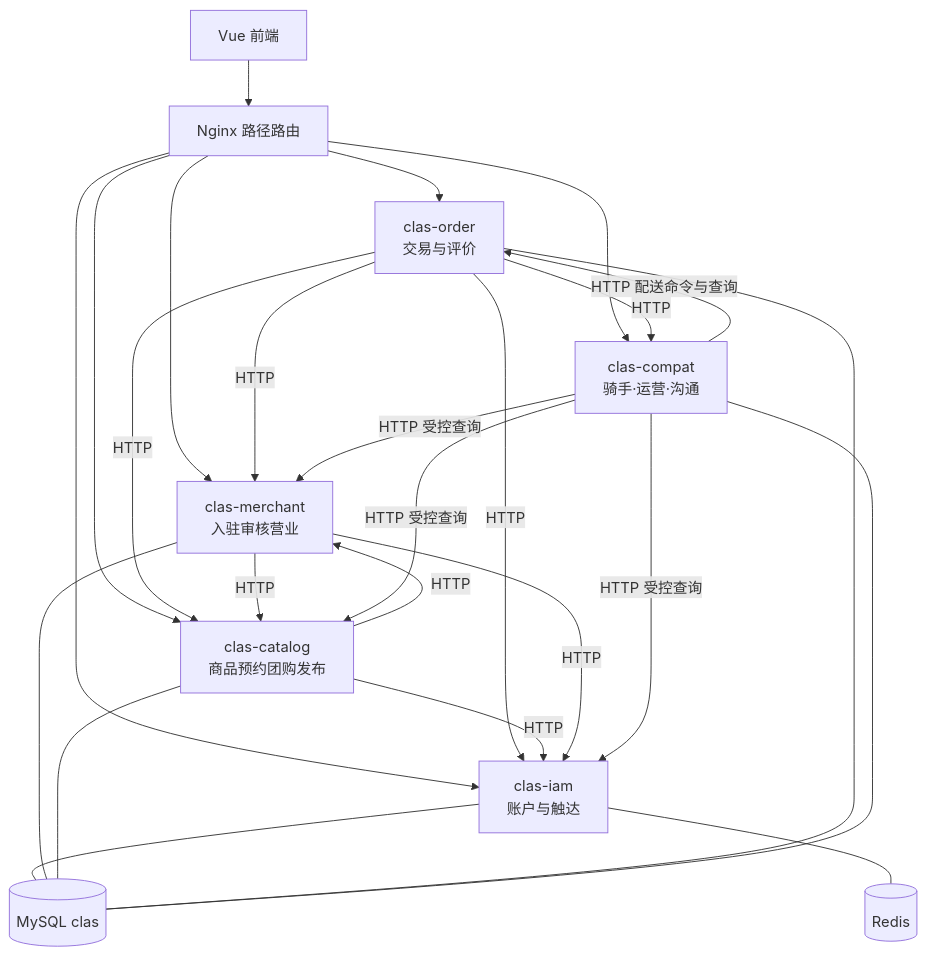
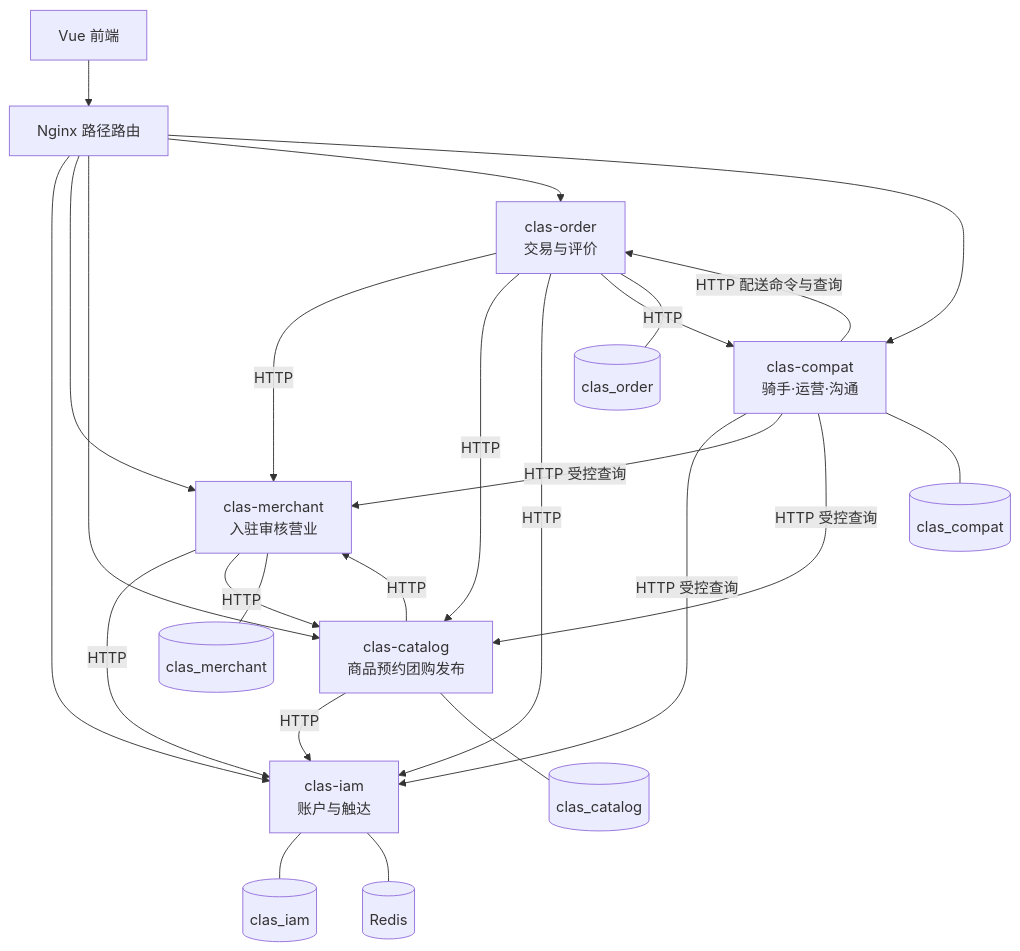
One commit to Amyjinru/CLAS changed the diagram in docs/三服务划分图.md. Above: the diagram before and after it, drawn with Mermaid. The commit also changed other lines of this file and 22 other files, not shown here.

First line of the commit message:
feat: move business tables into per-service MySQL schemas

````diff
--- a/docs/三服务划分图.md
+++ b/docs/三服务划分图.md
@@ -16,30 +16,30 @@
 ```mermaid
 flowchart TB
     FE[Vue 前端] --> NGX[Nginx 路径路由]
     NGX --> IAM[clas-iam<br/>账户与触达]
     NGX --> MCH[clas-merchant<br/>入驻审核营业]
     NGX --> CAT[clas-catalog<br/>商品预约团购发布]
     NGX --> ORD[clas-order<br/>交易与评价]
     NGX --> CMP[clas-compat<br/>骑手·运营·沟通]
 
     ORD -->|HTTP| MCH
     ORD -->|HTTP| CAT
     ORD -->|HTTP| IAM
     ORD -->|HTTP| CMP
     CAT -->|HTTP| MCH
     CAT -->|HTTP| IAM
     MCH -->|HTTP| IAM
     MCH -->|HTTP| CAT
     CMP -->|HTTP 受控查询| IAM
     CMP -->|HTTP 受控查询| MCH
     CMP -->|HTTP 受控查询| CAT
     CMP -->|HTTP 配送命令与查询| ORD
 
-    IAM --- DB[(MySQL clas)]
-    MCH --- DB
-    CAT --- DB
-    ORD --- DB
-    CMP --- DB
+    IAM --- DBI[(clas_iam)]
+    MCH --- DBM[(clas_merchant)]
+    CAT --- DBC[(clas_catalog)]
+    ORD --- DBO[(clas_order)]
+    CMP --- DBX[(clas_compat)]
 
     IAM --- R[(Redis)]
 ```
````
